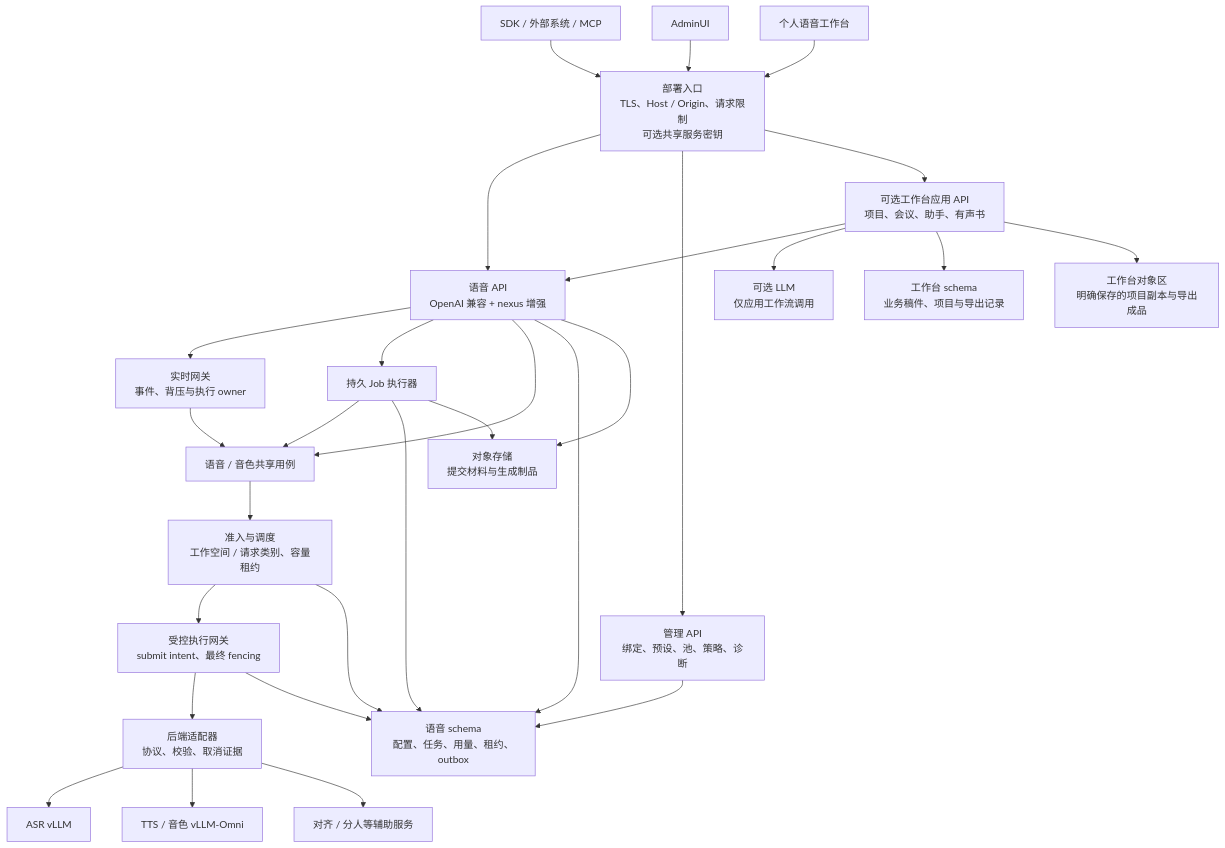
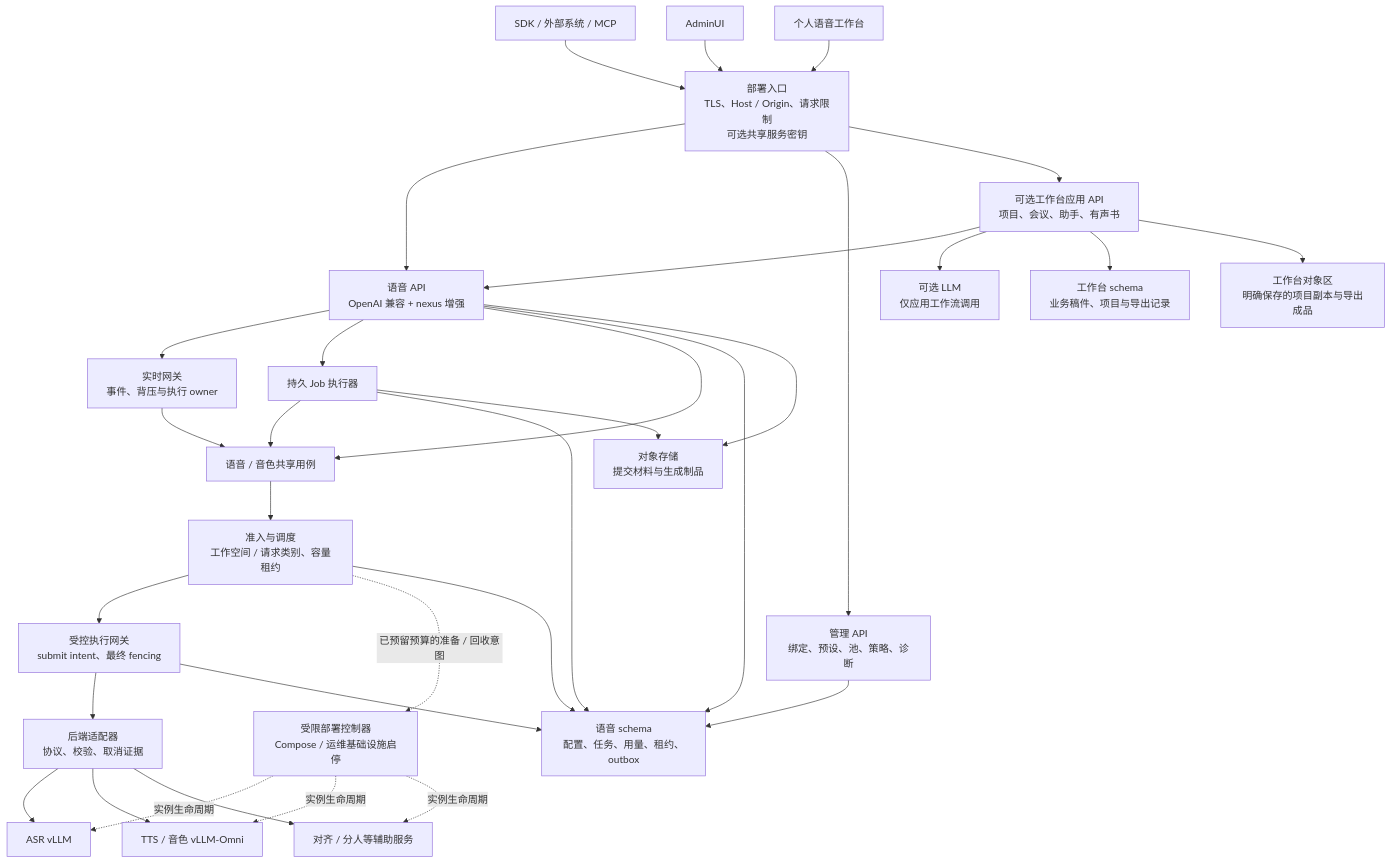
Before and after one commit to hrygo/SpeechNexus: the diagram in docs/speechnexus-product-architecture.md, drawn with Mermaid. The commit also changed other lines of this file and 4 other files, not shown here.

````diff
--- a/docs/speechnexus-product-architecture.md
+++ b/docs/speechnexus-product-architecture.md
@@ -133,31 +133,35 @@
 ```mermaid
 flowchart TD
     SDK["SDK / 外部系统 / MCP"] --> E["部署入口\nTLS、Host / Origin、请求限制\n可选共享服务密钥"]
     UIA["AdminUI"] --> E
     UIW["个人语音工作台"] --> E
     E --> A["语音 API\nOpenAI 兼容 + nexus 增强"]
     E --> D["管理 API\n绑定、预设、池、策略、诊断"]
     E --> W["可选工作台应用 API\n项目、会议、助手、有声书"]
     W --> A
     W --> L["可选 LLM\n仅应用工作流调用"]
     W --> WP["工作台 schema\n业务稿件、项目与导出记录"]
     W --> WO["工作台对象区\n明确保存的项目副本与导出成品"]
     A --> R["实时网关\n事件、背压与执行 owner"]
     A --> J["持久 Job 执行器"]
     A --> C["语音 / 音色共享用例"]
     R --> C
     J --> C
     C --> Q["准入与调度\n工作空间 / 请求类别、容量租约"]
     Q --> G["受控执行网关\nsubmit intent、最终 fencing"]
+    Q -. "已预留预算的准备 / 回收意图" .-> LC["受限部署控制器\nCompose / 运维基础设施启停"]
+    LC -. "实例生命周期" .-> V
+    LC -. "实例生命周期" .-> T
+    LC -. "实例生命周期" .-> X
     G --> B["后端适配器\n协议、校验、取消证据"]
     B --> V["ASR vLLM"]
     B --> T["TTS / 音色 vLLM-Omni"]
     B --> X["对齐 / 分人等辅助服务"]
     D --> P["语音 schema\n配置、任务、用量、租约、outbox"]
     A --> P
     J --> P
     Q --> P
     G --> P
     A --> O["对象存储\n提交材料与生成制品"]
     J --> O
 ```
````
